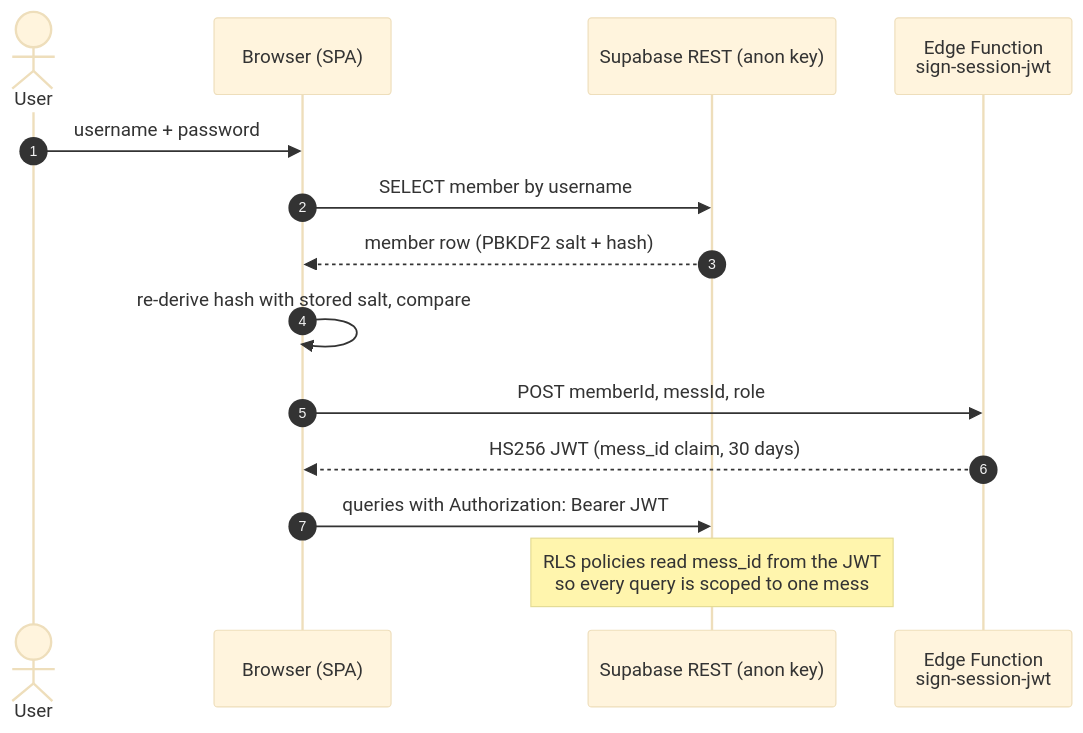
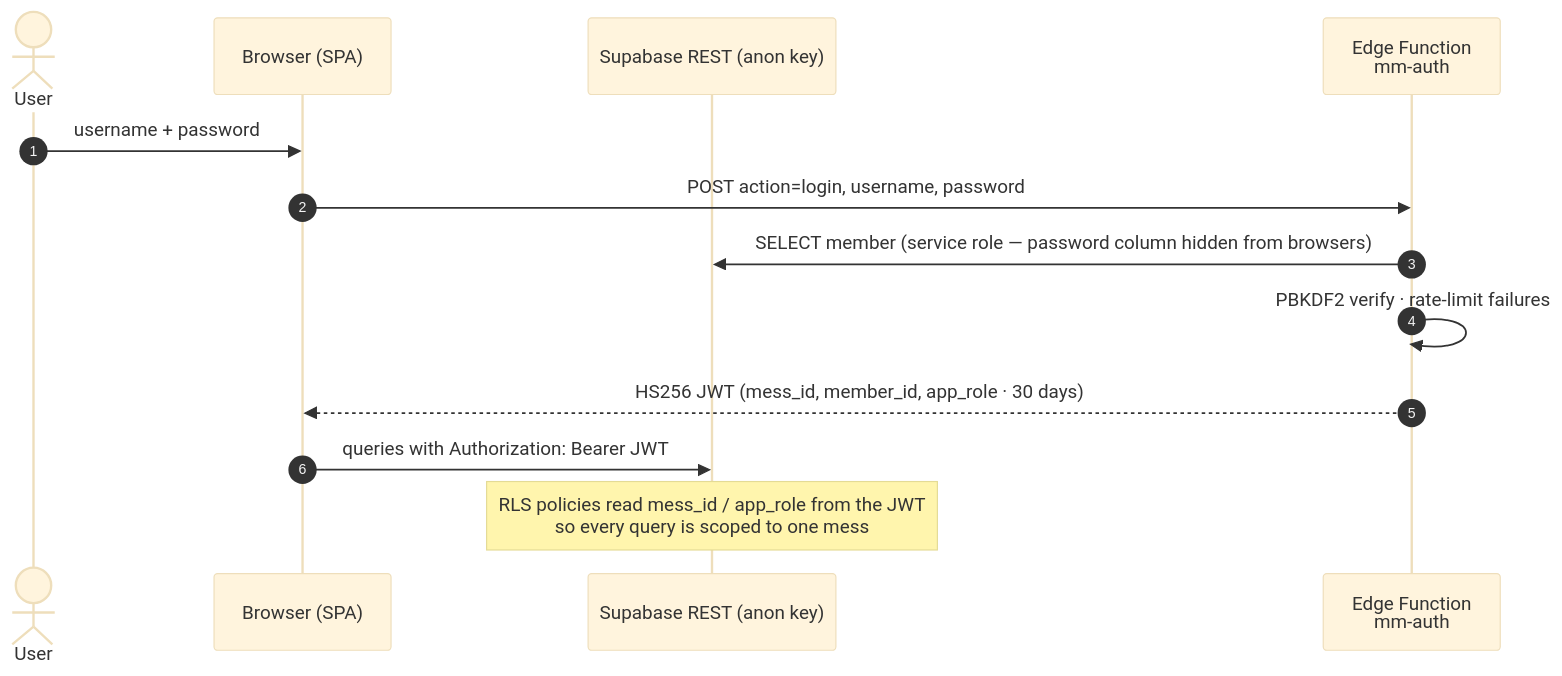
The third of 6 diagrams in README.md (ShahriyarH10/Mess-Managements), drawn with Mermaid (base theme) before and after one commit. The commit also changed other lines of this file and 35 other files, not shown here.

````diff
--- a/README.md
+++ b/README.md
@@ -143,17 +143,16 @@
 ```mermaid
 sequenceDiagram
   autonumber
   actor U as User
   participant SPA as Browser (SPA)
   participant DB as Supabase REST (anon key)
-  participant EF as Edge Function<br/>sign-session-jwt
+  participant EF as Edge Function<br/>mm-auth
 
   U->>SPA: username + password
-  SPA->>DB: SELECT member by username
-  DB-->>SPA: member row (PBKDF2 salt + hash)
-  SPA->>SPA: re-derive hash with stored salt, compare
-  SPA->>EF: POST memberId, messId, role
-  EF-->>SPA: HS256 JWT (mess_id claim, 30 days)
+  SPA->>EF: POST action=login, username, password
+  EF->>DB: SELECT member (service role — password column hidden from browsers)
+  EF->>EF: PBKDF2 verify · rate-limit failures
+  EF-->>SPA: HS256 JWT (mess_id, member_id, app_role · 30 days)
   SPA->>DB: queries with Authorization: Bearer JWT
-  Note over DB: RLS policies read mess_id from the JWT<br/>so every query is scoped to one mess
+  Note over DB: RLS policies read mess_id / app_role from the JWT<br/>so every query is scoped to one mess
 ```
````
